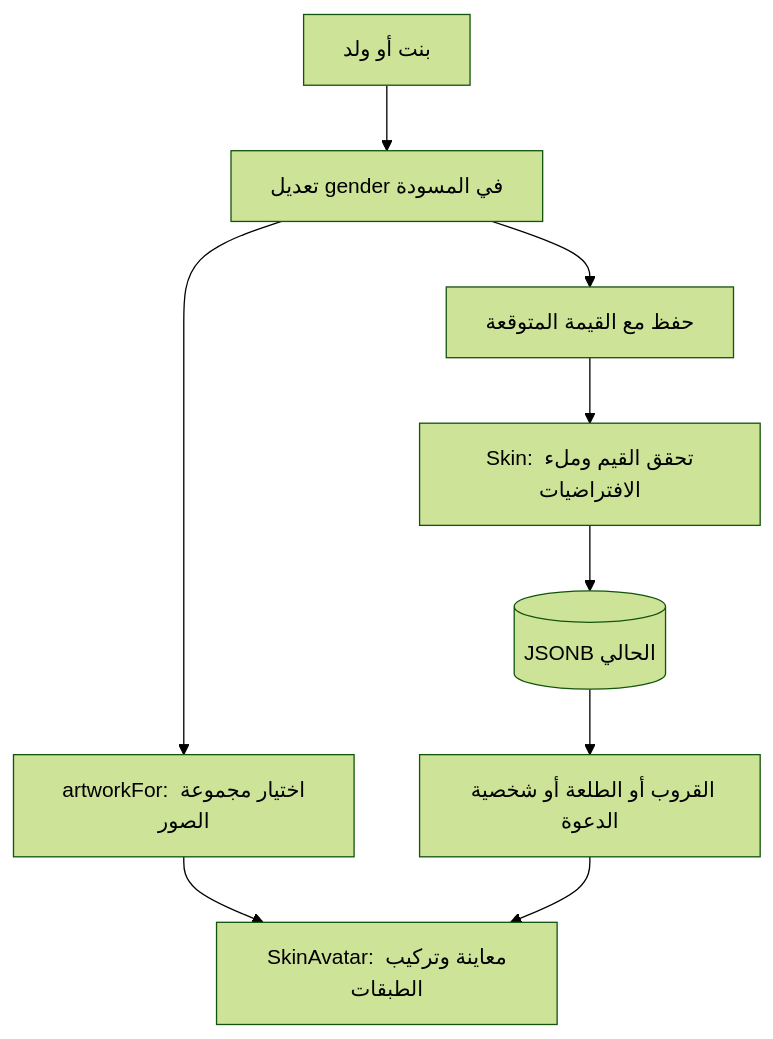
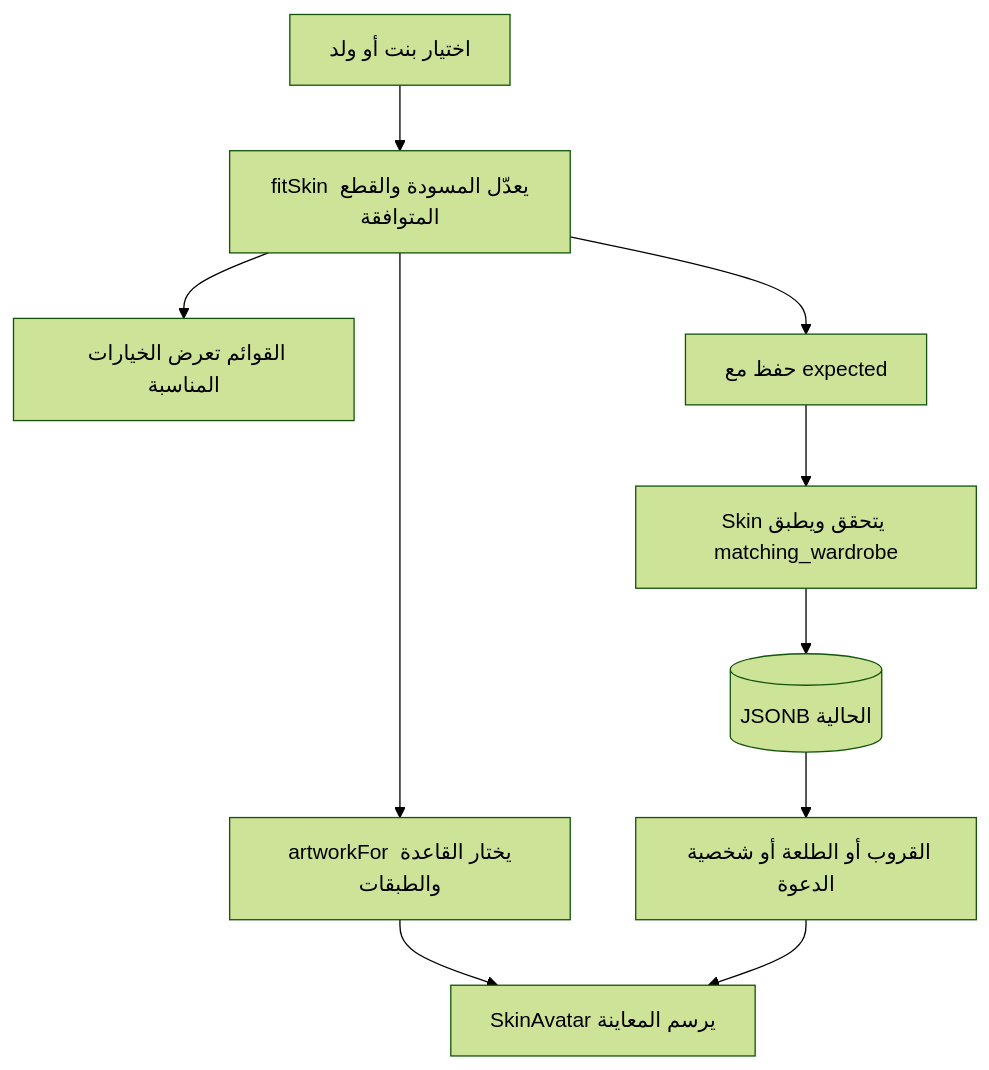
The diagram in docs/learning-python-postgres/25-girl-boy-skins.ar.md (shathaaa1110-arch/hatim-app), drawn with Mermaid (forest theme) before and after one commit. The commit also changed other lines of this file and 53 other files, not shown here.

Commit message:
Fix skin wardrobes and fit character bodies, covers and eyewear

````diff
--- a/docs/learning-python-postgres/25-girl-boy-skins.ar.md
+++ b/docs/learning-python-postgres/25-girl-boy-skins.ar.md
@@ -67,11 +74,12 @@
 ```mermaid
 flowchart TD
-    U[بنت أو ولد] --> D[تعديل gender في المسودة]
-    D --> A[artworkFor: اختيار مجموعة الصور]
-    A --> V[SkinAvatar: معاينة وتركيب الطبقات]
-    D --> S[حفظ مع القيمة المتوقعة]
-    S --> M[Skin: تحقق القيم وملء الافتراضيات]
-    M --> DB[(JSONB الحالي)]
-    DB --> R[القروب أو الطلعة أو شخصية الدعوة]
-    R --> V
+  U[اختيار بنت أو ولد] --> D[fitSkin يعدّل المسودة والقطع المتوافقة]
+  D --> C[القوائم تعرض الخيارات المناسبة]
+  D --> A[artworkFor يختار القاعدة والطبقات]
+  A --> V[SkinAvatar يرسم المعاينة]
+  D --> S[حفظ مع expected]
+  S --> M[Skin يتحقق ويطبق matching_wardrobe]
+  M --> DB[(JSONB الحالية)]
+  DB --> R[القروب أو الطلعة أو شخصية الدعوة]
+  R --> V
 ```
````
